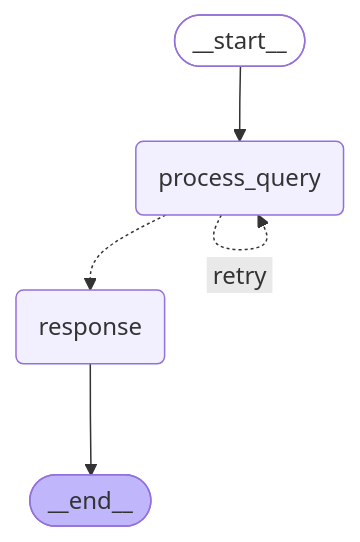
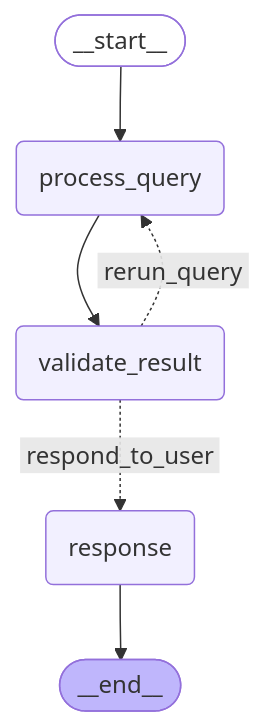
One commit to factly/gopie changed the diagram in chat-server/app/workflow/graph/graph_mermaid/single_dataset_graph.mmd. Above: the diagram before and after it, drawn with Mermaid. The commit also changed 5 other files, not shown here.

```diff
--- a/chat-server/app/workflow/graph/graph_mermaid/single_dataset_graph.mmd
+++ b/chat-server/app/workflow/graph/graph_mermaid/single_dataset_graph.mmd
@@ -1,17 +1,19 @@
 ---
 config:
   flowchart:
     curve: basis
 ---
 graph TD;
 	__start__([<p>__start__</p>]):::first
 	process_query(process_query)
 	response(response)
+	validate_result(validate_result)
 	__end__([<p>__end__</p>]):::last
 	__start__ --> process_query;
-	process_query -.-> response;
+	process_query --> validate_result;
+	validate_result -. &nbsp;rerun_query&nbsp; .-> process_query;
+	validate_result -. &nbsp;respond_to_user&nbsp; .-> response;
 	response --> __end__;
-	process_query -. &nbsp;retry&nbsp; .-> process_query;
 	classDef default fill:#f2f0ff,line-height:1.2
 	classDef first fill-opacity:0
 	classDef last fill:#bfb6fc
```
